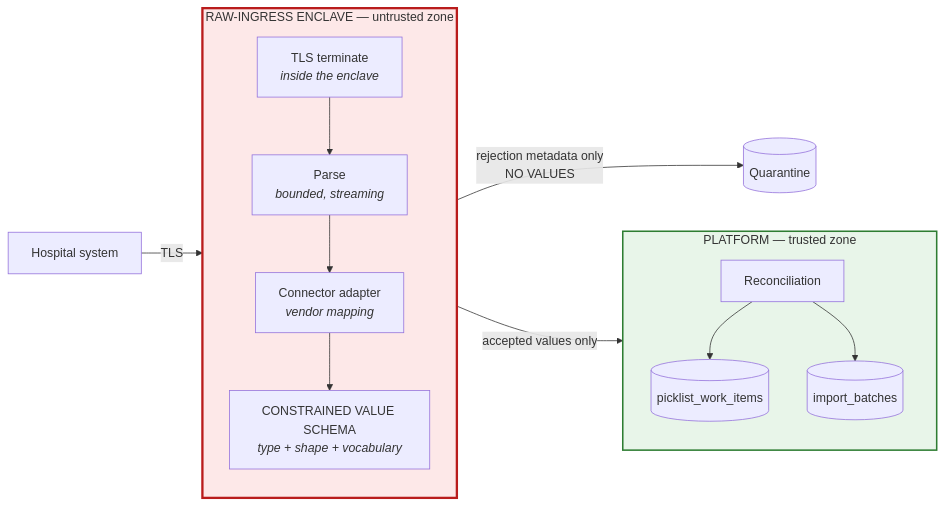
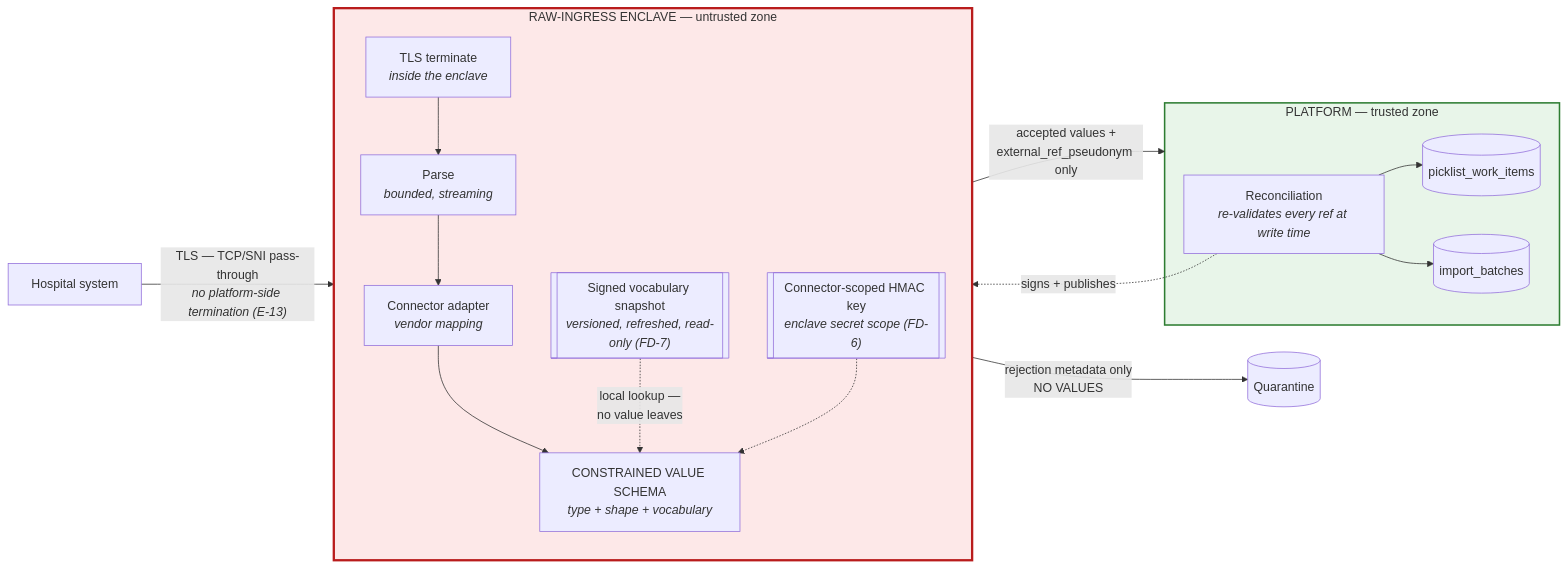
The diagram in docs/architecture/specs/SPEC-03-raw-ingress-trust-boundary.md (DeltaNumeric72/SchedulePoint), drawn with Mermaid before and after one commit. The commit also changed other lines of this file and 45 other files, not shown here.

````diff
--- a/docs/architecture/specs/SPEC-03-raw-ingress-trust-boundary.md
+++ b/docs/architecture/specs/SPEC-03-raw-ingress-trust-boundary.md
@@ -27,24 +32,27 @@
 ```mermaid
 graph LR
-    HOSP["Hospital system"] -->|"TLS"| ENC
+    HOSP["Hospital system"] -->|"TLS — TCP/SNI pass-through<br/><i>no platform-side termination (E-13)</i>"| ENC
 
     subgraph ENC["RAW-INGRESS ENCLAVE — untrusted zone"]
         direction TB
         T["TLS terminate<br/><i>inside the enclave</i>"] --> P["Parse<br/><i>bounded, streaming</i>"]
         P --> A["Connector adapter<br/><i>vendor mapping</i>"]
         A --> V["CONSTRAINED VALUE SCHEMA<br/><i>type + shape + vocabulary</i>"]
+        SNAP[["Signed vocabulary snapshot<br/><i>versioned, refreshed, read-only (FD-7)</i>"]] -.->|"local lookup —<br/>no value leaves"| V
+        HM[["Connector-scoped HMAC key<br/><i>enclave secret scope (FD-6)</i>"]] -.-> V
     end
 
-    V -->|"accepted values only"| PLAT
+    V -->|"accepted values +<br/>external_ref_pseudonym only"| PLAT
     V -->|"rejection metadata only<br/>NO VALUES"| Q[("Quarantine")]
 
     subgraph PLAT["PLATFORM — trusted zone"]
-        R["Reconciliation"] --> WI[("picklist_work_items")]
+        R["Reconciliation<br/><i>re-validates every ref at write time</i>"] --> WI[("picklist_work_items")]
         R --> B[("import_batches")]
+        R -.->|"signs + publishes"| SNAP
     end
 
     classDef enclave fill:#fde8e8,stroke:#b91c1c,stroke-width:3px
     classDef trusted fill:#e8f5e9,stroke:#2e7d32,stroke-width:2px
     class ENC enclave
     class PLAT trusted
 ```
````
